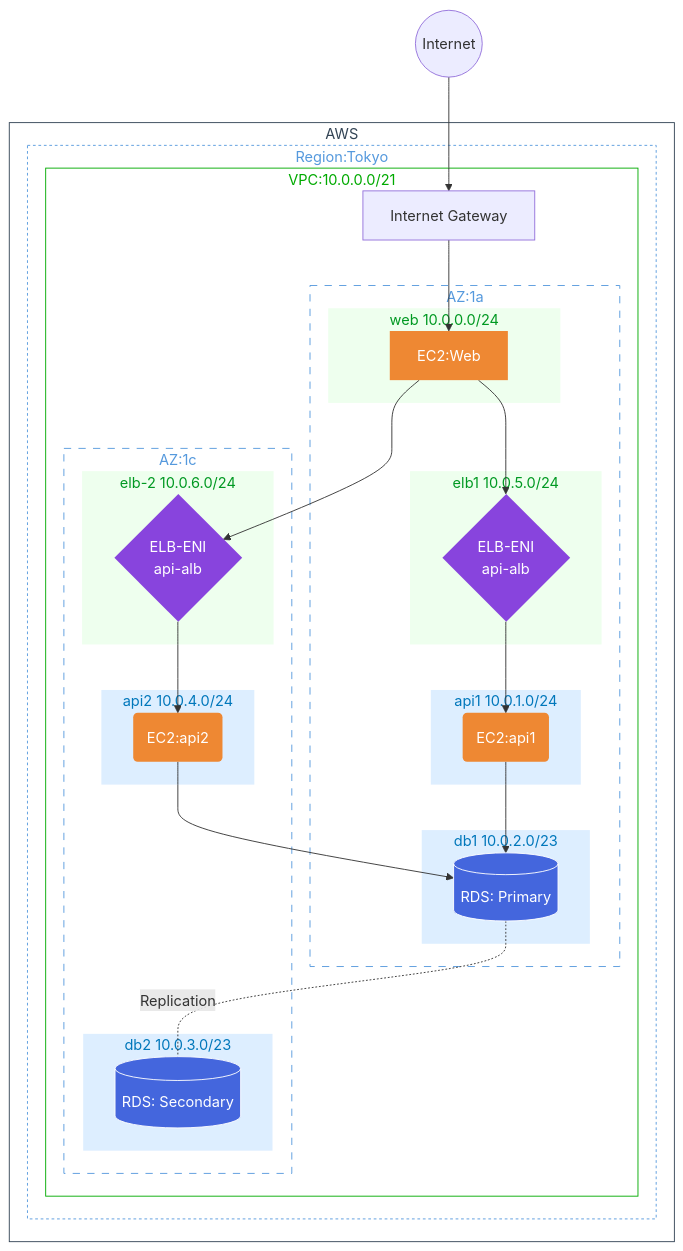
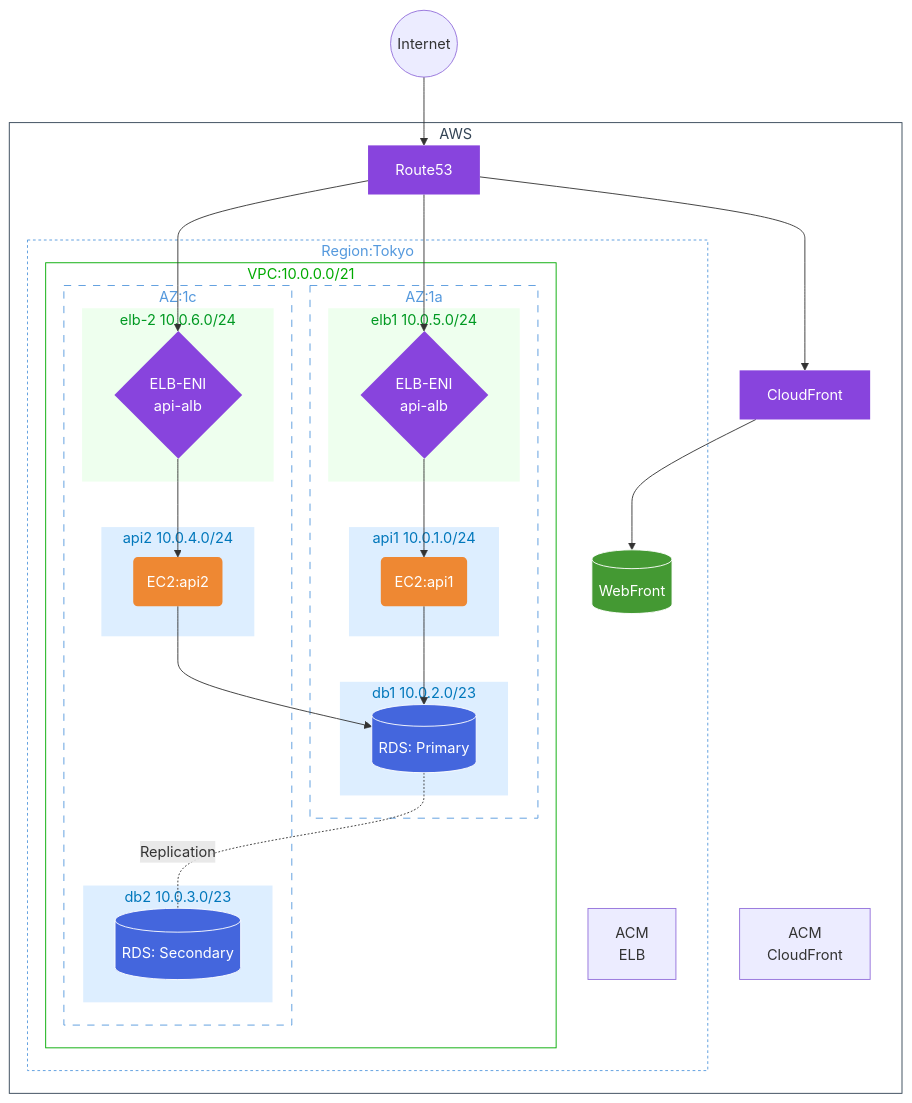
Before and after one commit to kuma8088/ct_sprints_iimura: the diagram in README.md, drawn with Mermaid. The commit also changed other lines of this file and 9 other files, not shown here.

```diff
--- a/README.md
+++ b/README.md
@@ -19,17 +19,16 @@
 
 %%グループとサービス
 subgraph GC[AWS]
+  DNS[Route53]
+  ACM2[ACM<br>CloudFront]
   subgraph GR[Region:Tokyo]
+    ACM[ACM<br>ELB]
+    ST1[(WebFront)]
     subgraph GV[VPC:10.0.0.0/21]
-      IGW[Internet Gateway]
       subgraph GA[AZ:1a]
-        subgraph GS2[web 10.0.0.0/24]
-          CP1[EC2:Web]
-        end
         subgraph GS1[elb1 10.0.5.0/24]
           NW1{ELB-ENI<br>api-alb}
         end
-
         subgraph GS3[api1 10.0.1.0/24]
           CP2("EC2:api1")
         end
@@ -50,13 +49,15 @@
       end
     end
   end
+  CF[CloudFront]
 end
 
 %%サービス同士の関係
-INET --> IGW
-IGW --> CP1
-CP1 --> NW1
-CP1 --> NW2
+INET --> DNS
+DNS --> CF
+CF --> ST1
+DNS --> NW1
+DNS --> NW2
 NW1 --> CP2
 NW2 --> CP3
 CP2 --> DB1
@@ -78,23 +79,15 @@
 
 %%Availability Zoneのスタイル
 classDef SGA fill:none,color:#59d,stroke:#59d,stroke-width:1px,stroke-dasharray:8
-class GA SGA
-class GB SGA
-
+class GA,GB SGA
 
 %%Private subnetのスタイル
 classDef SGPrS fill:#def,color:#07b,stroke:none
-class GS3 SGPrS
-class GS4 SGPrS
-class GS5 SGPrS
-class GS7 SGPrS
-class GS8 SGPrS
+class GS3,GS4,GS5,GS7,GS8 SGPrS
 
 %%Public subnetのスタイル
 classDef SGPuS fill:#efe,color:#092,stroke:none
-class GS1 SGPuS
-class GS2 SGPuS
-class GS6 SGPuS
+class GS1,GS2,GS6 SGPuS
 
 %%---スタイルの設定---
 
@@ -104,7 +97,7 @@
 
 %%Network関連のスタイル
 classDef SNW fill:#84d,color:#fff,stroke:none
-class NW1,NW2,NW3 SNW
+class NW1,NW2,NW3,CF,DNS SNW
 
 %%Compute関連のスタイル
 classDef SCP fill:#e83,color:#fff,stroke:none
```
